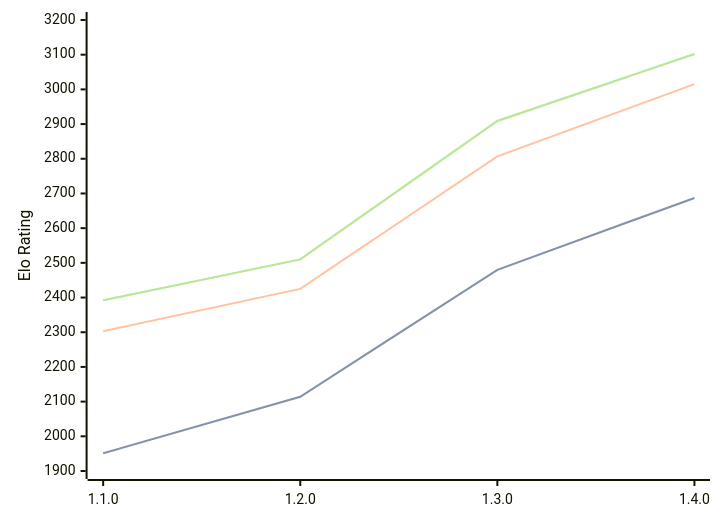
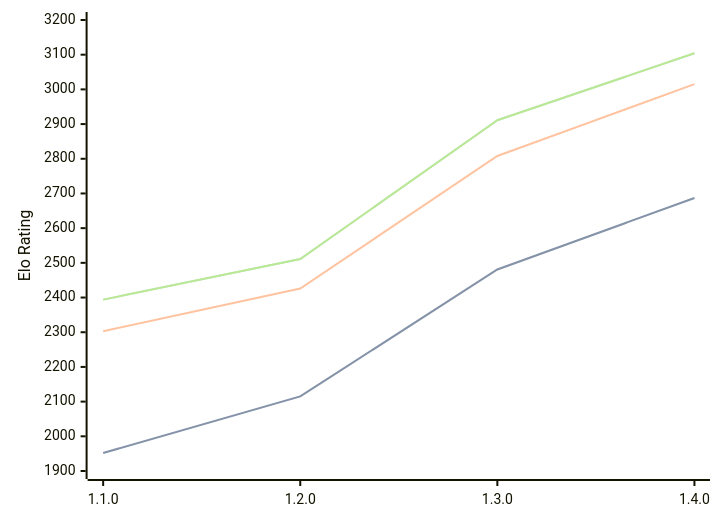
Before and after one commit to computer-chess-index/cci: the diagram in engines/Gyatso.md, drawn with Mermaid. The commit also changed other lines of this file, not shown here.

Commit message:
Update CCI Ratings (ELO VLTC) - 2026-07-24

````diff
--- a/engines/Gyatso.md
+++ b/engines/Gyatso.md
@@ -35,11 +35,11 @@
 ```mermaid
 %%{init: {"theme":"base","themeVariables":{"seriesColors:['#a3a3a3','#222221','#faa371']}}}%%
 xychart-beta
   x-axis ["1.1.0", "1.2.0", "1.3.0", "1.4.0"]
   y-axis "Elo Rating" 1900 --> 3200
-  line "STC (8.0+0.08s)" [1951, 2114, 2480, 2687]
-  line "STC (8.0+0.08s)" [1951, 2114, 2480, 2687]
-  line "LTC (60.0+0.60s)" [2303, 2425, 2807, 3015]
-  line "VLTC (2m24s+1.12s)" [2392, 2510, 2909, 3102]
-  line "VLTC (2m24s+1.12s)" [2392, 2510, 2909, 3102]
+  line "STC (8.0+0.08s)" [1952, 2115, 2481, 2687]
+  line "STC (8.0+0.08s)" [1952, 2115, 2481, 2687]
+  line "LTC (60.0+0.60s)" [2303, 2426, 2808, 3015]
+  line "VLTC (2m24s+1.12s)" [2394, 2511, 2911, 3104]
+  line "VLTC (2m24s+1.12s)" [2394, 2511, 2911, 3104]
 ```
````
